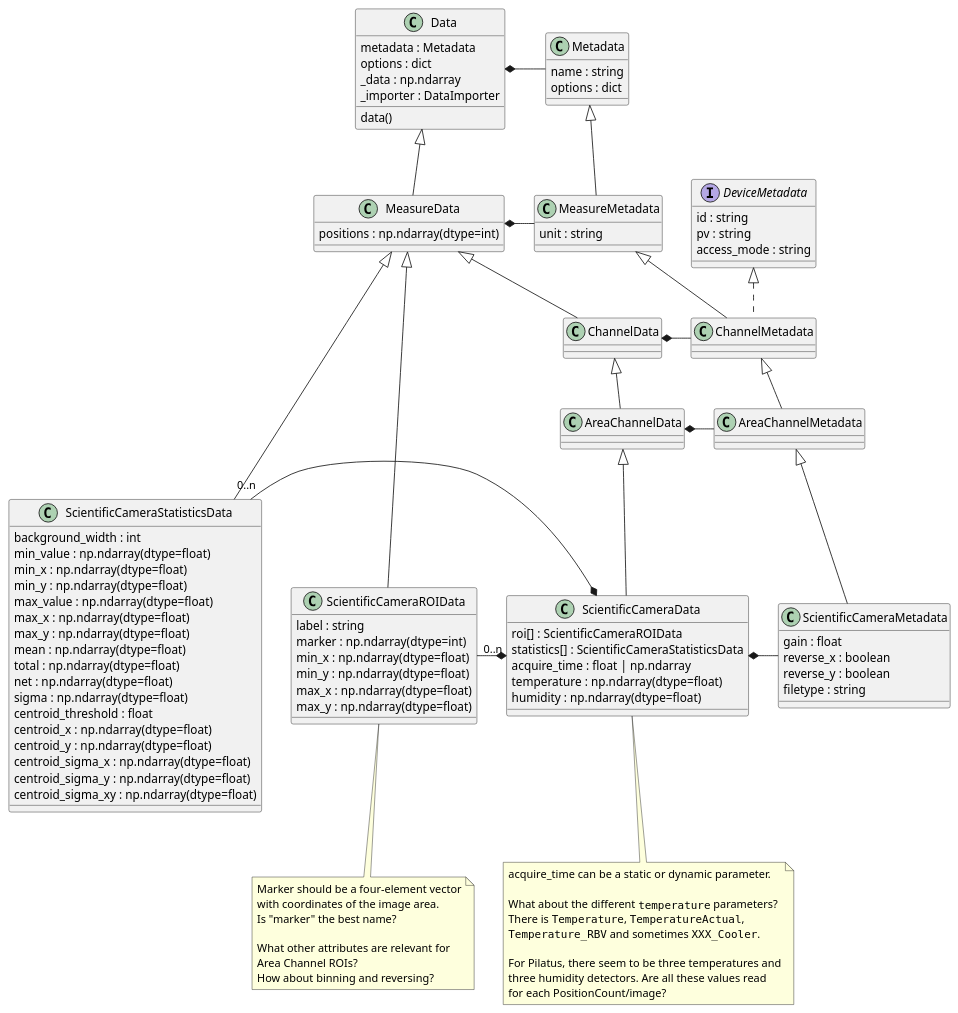
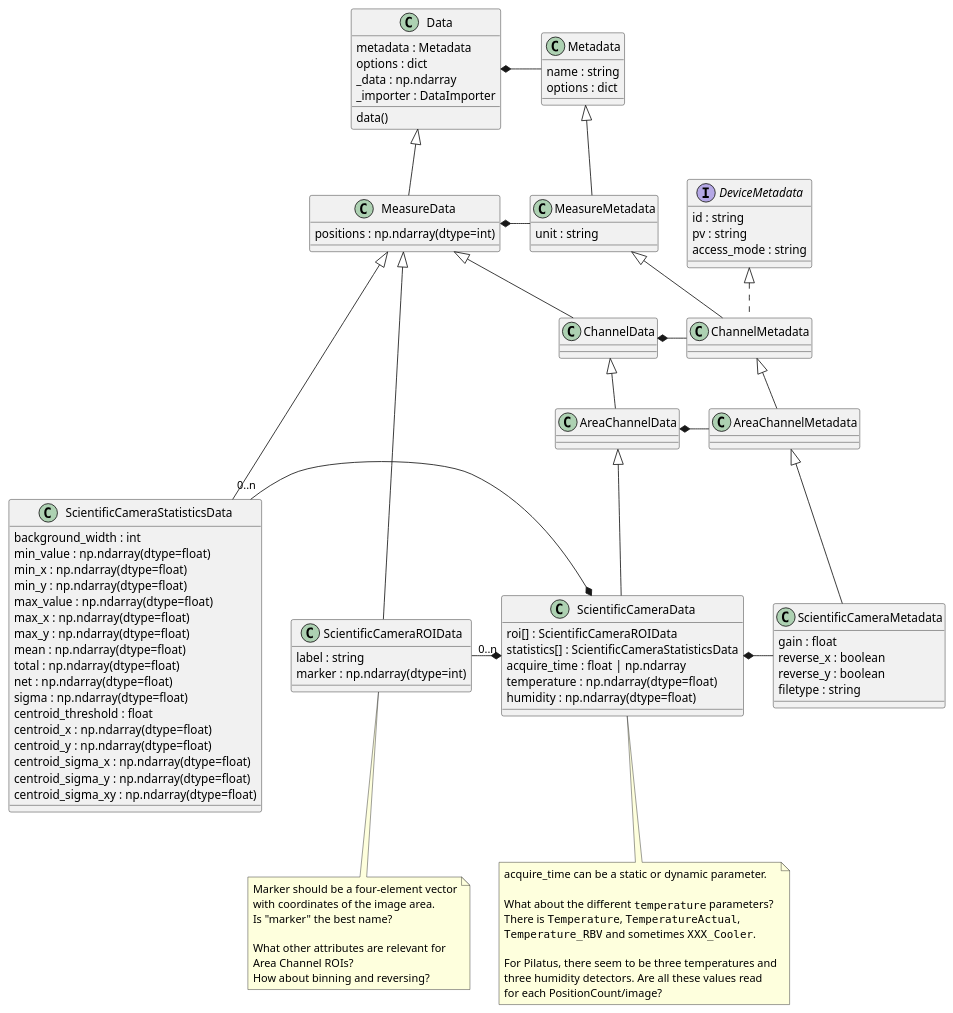
The diagram in docs/uml/scientificcamera.puml (tillbiskup/evedata), drawn with PlantUML before and after one commit. The commit also changed 6 other files, not shown here.

```diff
--- a/docs/uml/scientificcamera.puml
+++ b/docs/uml/scientificcamera.puml
@@ -1,122 +1,118 @@
 @startuml
 'https://plantuml.com/class-diagram
 
 class Data {
     metadata : Metadata
     options : dict
     _data : np.ndarray
     _importer : DataImporter
     data()
 }
 
 Data *- Metadata
 
 class MeasureData extends Data {
     {field} positions : np.ndarray(dtype=int)
 }
 
 MeasureData *- MeasureMetadata
 
 class ChannelData extends MeasureData
 
 ChannelData *- ChannelMetadata
 
 class AreaChannelData extends ChannelData
 
 AreaChannelData *- AreaChannelMetadata
 
 class ScientificCameraData extends AreaChannelData {
     roi[] : ScientificCameraROIData
     statistics[] : ScientificCameraStatisticsData
     acquire_time : float | np.ndarray
     {field} temperature : np.ndarray(dtype=float)
     {field} humidity : np.ndarray(dtype=float)
 }
 note bottom of ScientificCameraData
     acquire_time can be a static or dynamic parameter.
 
     What about the different ""temperature"" parameters?
     There is ""Temperature"", ""TemperatureActual"",
     ""Temperature_RBV"" and sometimes ""XXX_Cooler"".
 
     For Pilatus, there seem to be three temperatures and
     three humidity detectors. Are all these values read
     for each PositionCount/image?
 end note
 
 ScientificCameraData *- ScientificCameraMetadata
 
 ScientificCameraStatisticsData -[hidden]> ScientificCameraROIData
 ScientificCameraStatisticsData "0..n" -* ScientificCameraData
 ScientificCameraROIData -[hidden]> ScientificCameraData
 ScientificCameraROIData "0..n" -* ScientificCameraData
 ScientificCameraROIData -[hidden]> ScientificCameraData
 
 class ScientificCameraROIData extends MeasureData {
     {field} label : string
     {field} marker : np.ndarray(dtype=int)
-    {field} min_x : np.ndarray(dtype=float)
-    {field} min_y : np.ndarray(dtype=float)
-    {field} max_x : np.ndarray(dtype=float)
-    {field} max_y : np.ndarray(dtype=float)
 }
 note bottom of ScientificCameraROIData
     Marker should be a four-element vector
     with coordinates of the image area.
     Is "marker" the best name?
 
     What other attributes are relevant for
     Area Channel ROIs?
     How about binning and reversing?
 end note
 
 class ScientificCameraStatisticsData extends MeasureData {
     background_width : int
     {field} min_value : np.ndarray(dtype=float)
     {field} min_x : np.ndarray(dtype=float)
     {field} min_y : np.ndarray(dtype=float)
     {field} max_value : np.ndarray(dtype=float)
     {field} max_x : np.ndarray(dtype=float)
     {field} max_y : np.ndarray(dtype=float)
     {field} mean : np.ndarray(dtype=float)
     {field} total : np.ndarray(dtype=float)
     {field} net : np.ndarray(dtype=float)
     {field} sigma : np.ndarray(dtype=float)
     centroid_threshold : float
     {field} centroid_x : np.ndarray(dtype=float)
     {field} centroid_y : np.ndarray(dtype=float)
     {field} centroid_sigma_x : np.ndarray(dtype=float)
     {field} centroid_sigma_y : np.ndarray(dtype=float)
     {field} centroid_sigma_xy : np.ndarray(dtype=float)
 }
 
 
 class Metadata {
     name : string
     options : dict
 }
 
 class MeasureMetadata extends Metadata {
     unit : string
 }
 
 interface DeviceMetadata {
     id : string
     pv : string
     access_mode : string
 }
 
 MeasureMetadata -[hidden]> DeviceMetadata
 
 class ChannelMetadata extends MeasureMetadata implements DeviceMetadata
 
 class AreaChannelMetadata extends ChannelMetadata
 
 class ScientificCameraMetadata extends AreaChannelMetadata {
     gain : float
     reverse_x : boolean
     reverse_y : boolean
     filetype : string
 }
 
 @enduml
```
